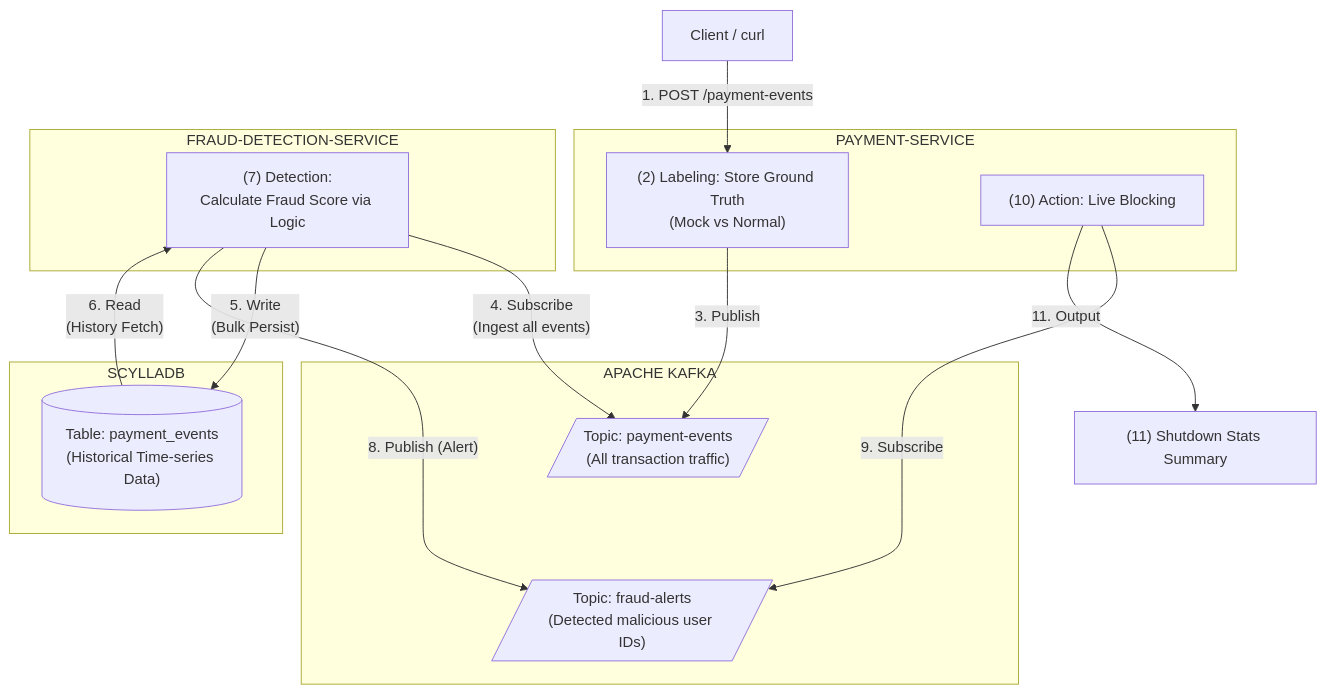
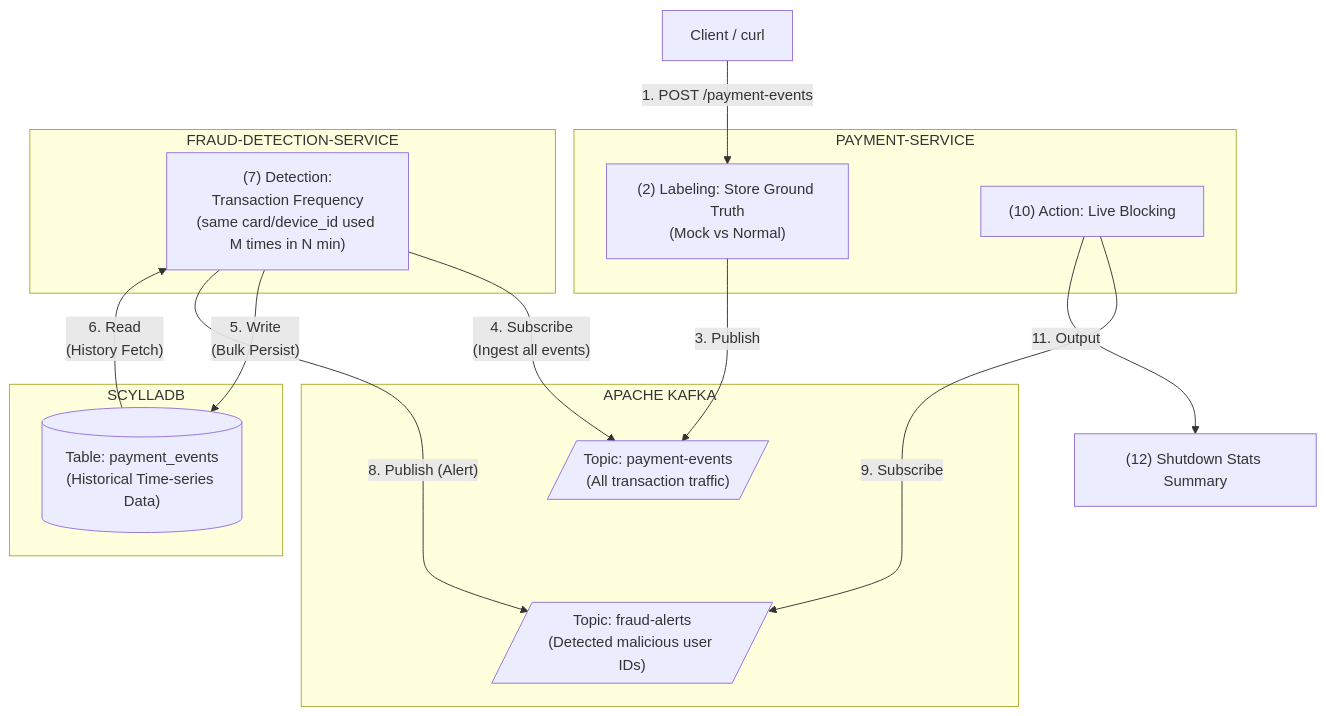
The diagram in README.md (rrrrayyyy/fraudx), drawn with Mermaid before and after one commit. The commit also changed other lines of this file and 1 other file, not shown here.

````diff
--- a/README.md
+++ b/README.md
@@ -3,34 +3,34 @@
 ```mermaid
 flowchart TD
 Client["Client / curl"]
 
 subgraph PS ["PAYMENT-SERVICE"]
   PS1["(2) Labeling: Store Ground Truth\n(Mock vs Normal)"]
   PS2["(10) Action: Live Blocking"]
 end
 
 subgraph Kafka ["APACHE KAFKA"]
   T1[/"Topic: payment-events\n(All transaction traffic)"/]
   T2[/"Topic: fraud-alerts\n(Detected malicious user IDs)"/]
 end
 
 subgraph FD ["FRAUD-DETECTION-SERVICE"]
-  FD1["(7) Detection:\nCalculate Fraud Score via Logic"]
+  FD1["(7) Detection:\nTransaction Frequency\n(same card/device_id used M times in N min)"]
 end
 
 subgraph DB ["SCYLLADB"]
   DB1[("Table: payment_events\n(Historical Time-series Data)")]
 end
 
-Stats["(11) Shutdown Stats Summary"]
+Stats["(12) Shutdown Stats Summary"]
 
 Client -- "1. POST /payment-events" --> PS1
 PS1 -- "3. Publish" --> T1
 T1 ~~~ T2
 FD1 -- "4. Subscribe\n(Ingest all events)" --> T1
 FD1 -- "5. Write\n(Bulk Persist)" --> DB1
 DB1 -- "6. Read\n(History Fetch)" --> FD1
 FD1 -- "8. Publish (Alert)" --> T2
 PS2 -- "9. Subscribe" --> T2
 PS2 -- "11. Output" --> Stats
 ```
````
